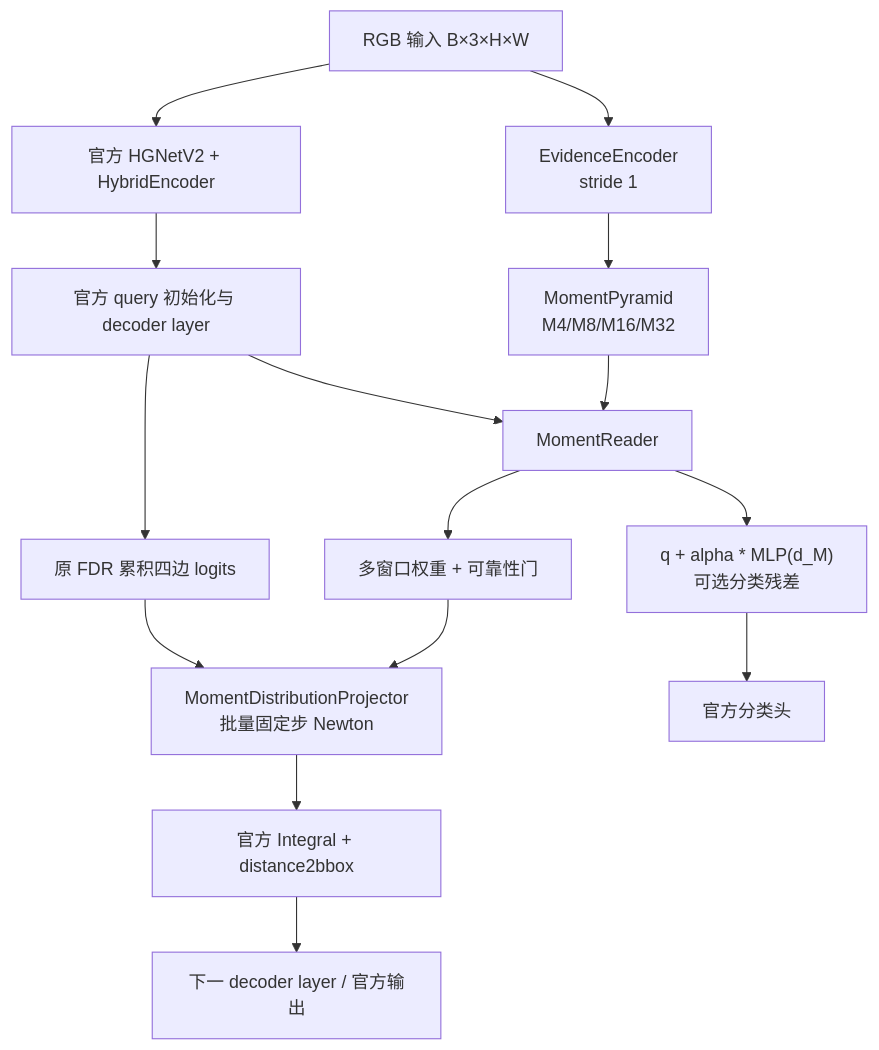
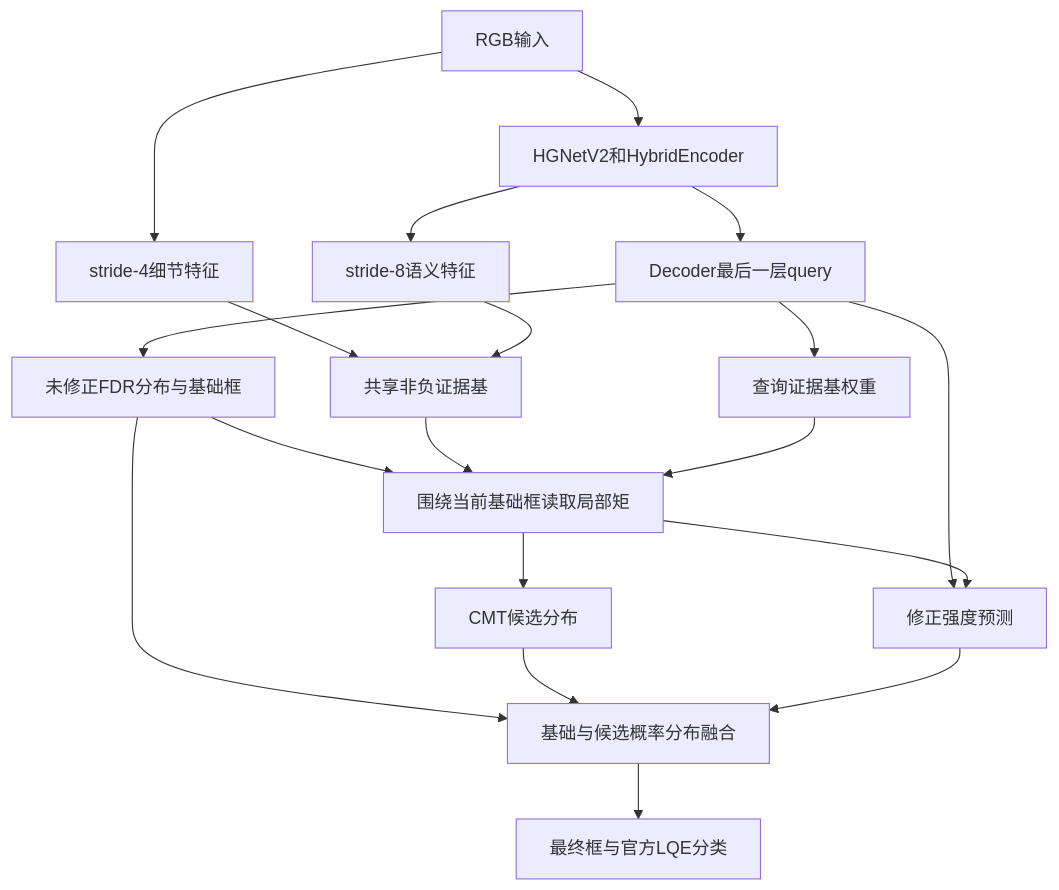
One commit to Econcho/CMT-FINE changed the diagram in docs/CMT-FINE-MR实现与使用说明.md. Above: the diagram before and after it, drawn with Mermaid. The commit also changed other lines of this file and 6 other files, not shown here.

````diff
--- a/docs/CMT-FINE-MR实现与使用说明.md
+++ b/docs/CMT-FINE-MR实现与使用说明.md
@@ -21,17 +19,21 @@
-~~~mermaid
+```mermaid
 flowchart TD
-    X["RGB 输入 B×3×H×W"] --> O["官方 HGNetV2 + HybridEncoder"]
-    X --> E["EvidenceEncoder<br/>stride 1"]
-    E --> M["MomentPyramid<br/>M4/M8/M16/M32"]
-    O --> Q["官方 query 初始化与 decoder layer"]
-    Q --> U["原 FDR 累积四边 logits"]
-    Q --> R["MomentReader"]
-    M --> R
-    R --> G["多窗口权重 + 可靠性门"]
-    R --> C["q + alpha * MLP(d_M)<br/>可选分类残差"]
-    U --> P["MomentDistributionProjector<br/>批量固定步 Newton"]
-    G --> P
-    P --> B["官方 Integral + distance2bbox"]
-    C --> S["官方分类头"]
-    B --> N["下一 decoder layer / 官方输出"]
-~~~
+    I[RGB输入] --> B[HGNetV2和HybridEncoder]
+    I --> D[stride-4细节特征]
+    B --> S[stride-8语义特征]
+    D --> E[共享非负证据基]
+    S --> E
+    B --> Q[Decoder最后一层query]
+    Q --> P[未修正FDR分布与基础框]
+    P --> R[围绕当前基础框读取局部矩]
+    E --> R
+    Q --> W[查询证据基权重]
+    W --> R
+    R --> C[CMT候选分布]
+    Q --> G[修正强度预测]
+    R --> G
+    P --> M[基础与候选概率分布融合]
+    C --> M
+    G --> M
+    M --> O[最终框与官方LQE分类]
+```
````
